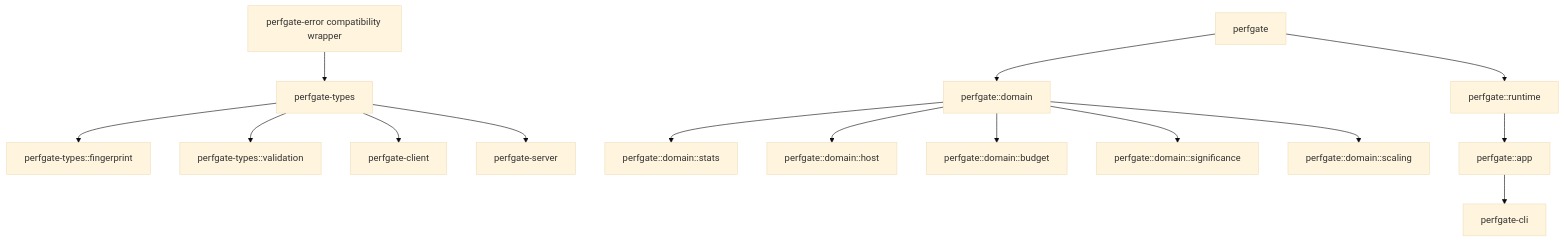
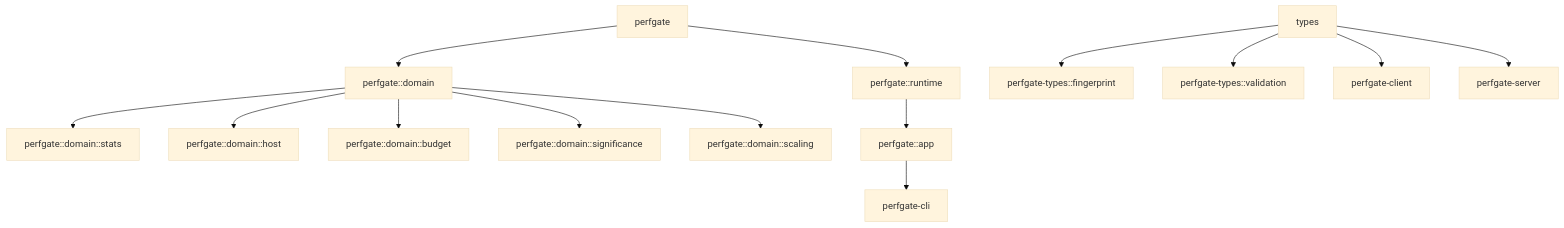
The diagram in docs/WORKSPACE.md (EffortlessMetrics/perfgate-swarm), drawn with Mermaid (base theme) before and after one commit. The commit also changed other lines of this file and 19 other files, not shown here.

````diff
--- a/docs/WORKSPACE.md
+++ b/docs/WORKSPACE.md
@@ -24,17 +23,16 @@
 ```mermaid
 graph TD
-  error[perfgate-error compatibility wrapper] --> types[perfgate-types]
   types --> fingerprint[perfgate-types::fingerprint]
   facade[perfgate] --> domain[perfgate::domain]
   domain --> stats[perfgate::domain::stats]
   types --> val[perfgate-types::validation]
   domain --> host[perfgate::domain::host]
   domain --> budget[perfgate::domain::budget]
   domain --> sig[perfgate::domain::significance]
   domain --> scaling[perfgate::domain::scaling]
   facade --> runtime[perfgate::runtime]
   runtime --> app[perfgate::app]
   app --> cli[perfgate-cli]
   types --> client[perfgate-client]
   types --> server[perfgate-server]
 ```
````
